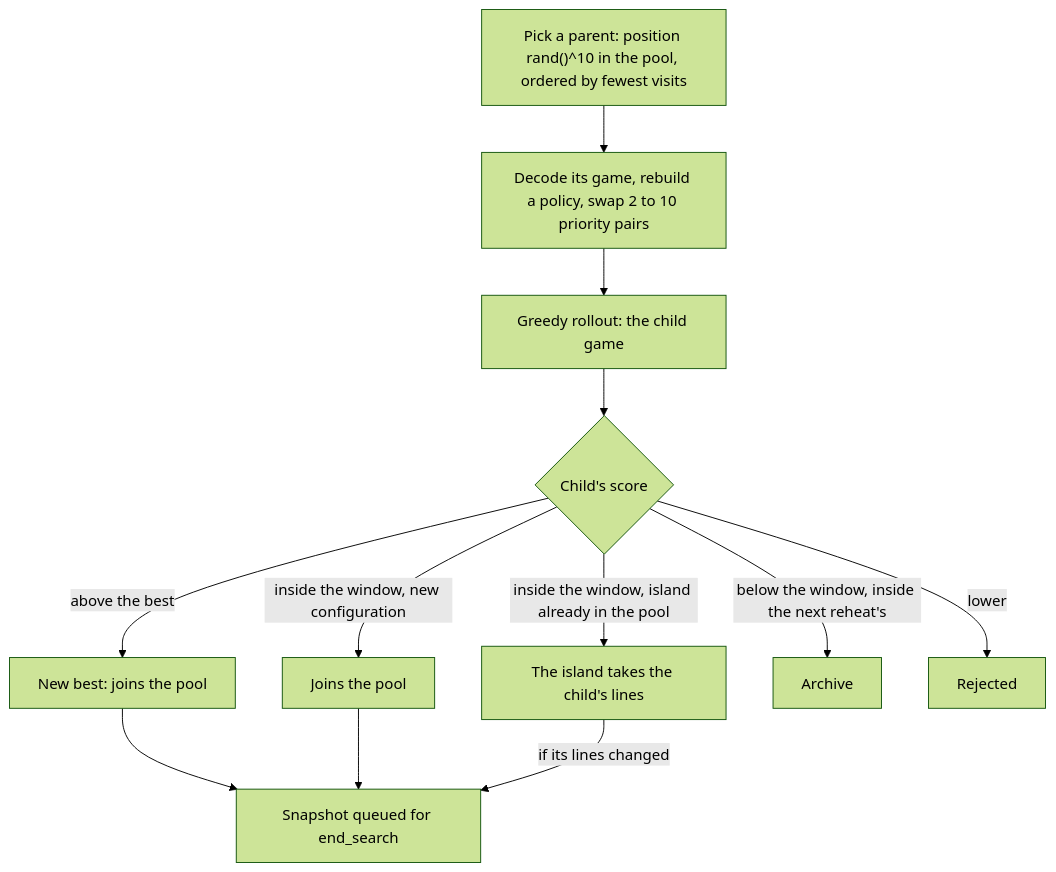
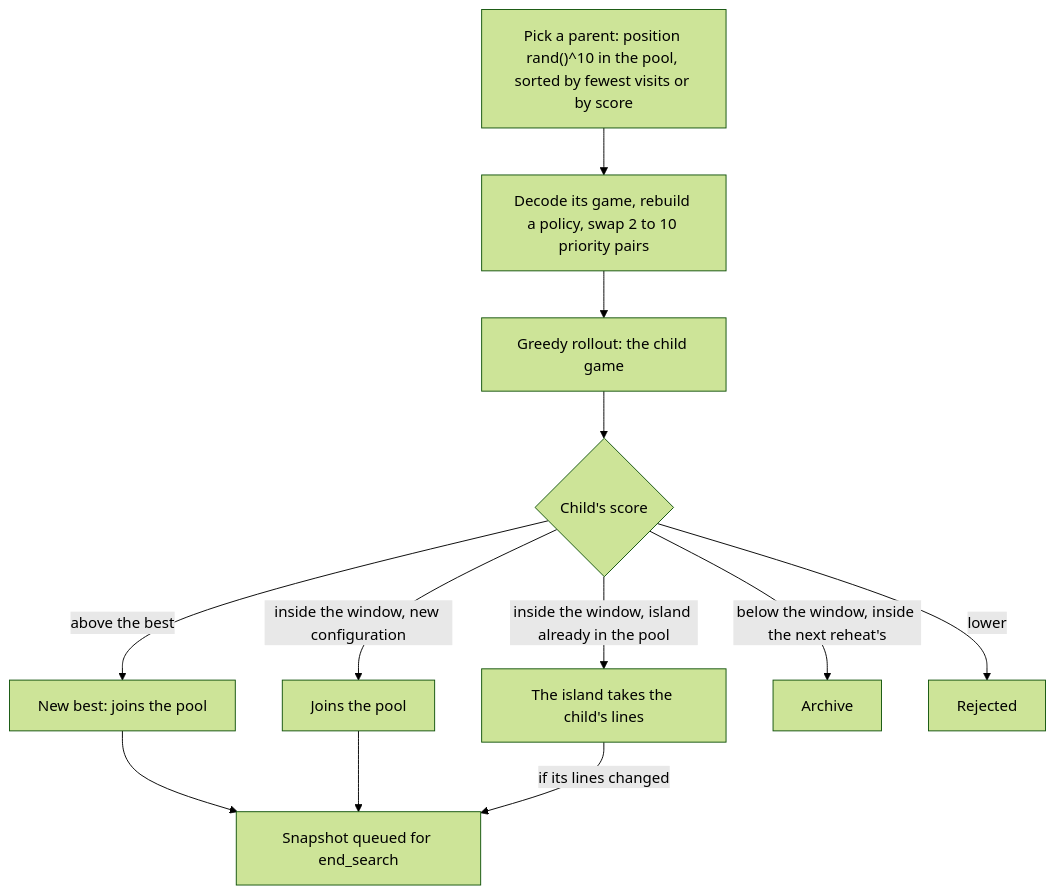
Before and after one commit to koozdra/Morpion-Julia: the third of 5 diagrams in README.md, drawn with Mermaid (forest theme). The commit also changed other lines of this file and 7 other files, not shown here.

````diff
--- a/README.md
+++ b/README.md
@@ -79,14 +79,14 @@
 ```mermaid
 flowchart TD
-    A["Pick a parent: position rand()^10 in the pool, ordered by fewest visits"] --> B["Decode its game, rebuild a policy, swap 2 to 10 priority pairs"]
+    A["Pick a parent: position rand()^10 in the pool, sorted by fewest visits or by score"] --> B["Decode its game, rebuild a policy, swap 2 to 10 priority pairs"]
     B --> C["Greedy rollout: the child game"]
     C --> D{"Child's score"}
     D -- "above the best" --> E["New best: joins the pool"]
     D -- "inside the window, new configuration" --> F["Joins the pool"]
     D -- "inside the window, island already in the pool" --> H["The island takes the child's lines"]
     D -- "below the window, inside the next reheat's" --> I["Archive"]
     D -- "lower" --> J["Rejected"]
     E --> Q["Snapshot queued for end_search"]
     F --> Q
     H -- "if its lines changed" --> Q
 ```
````
